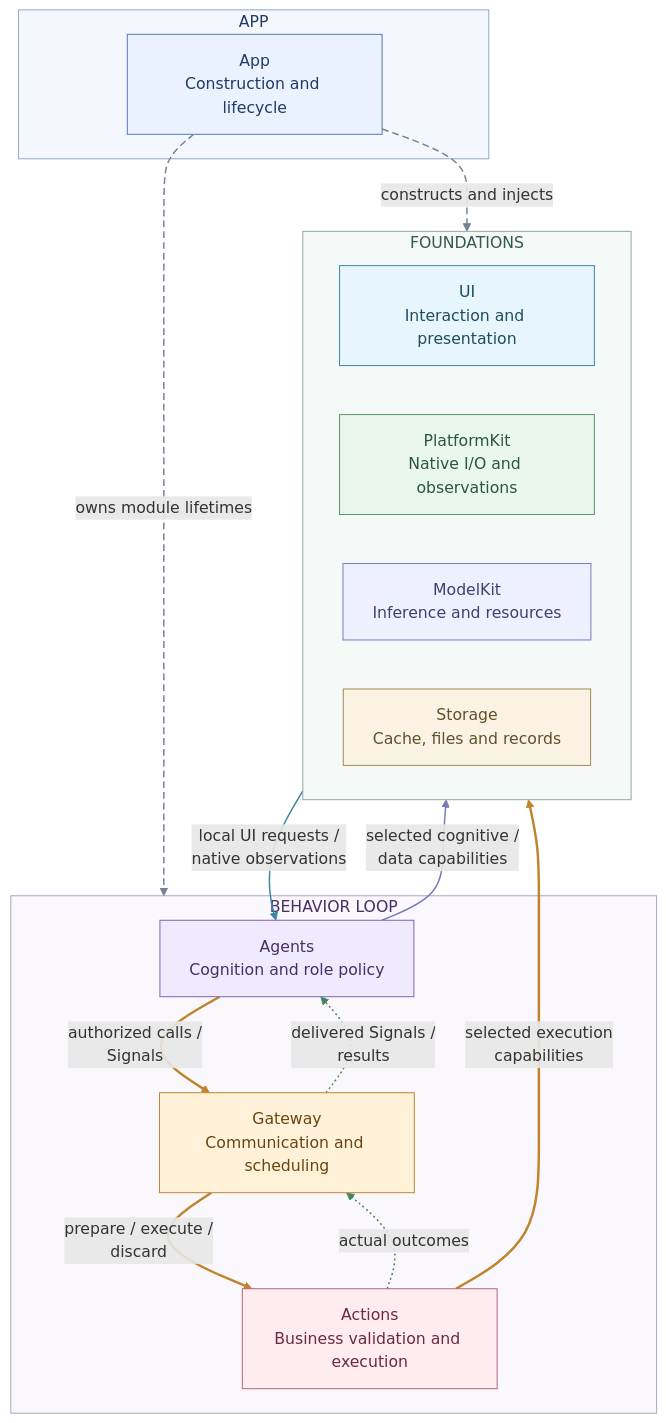
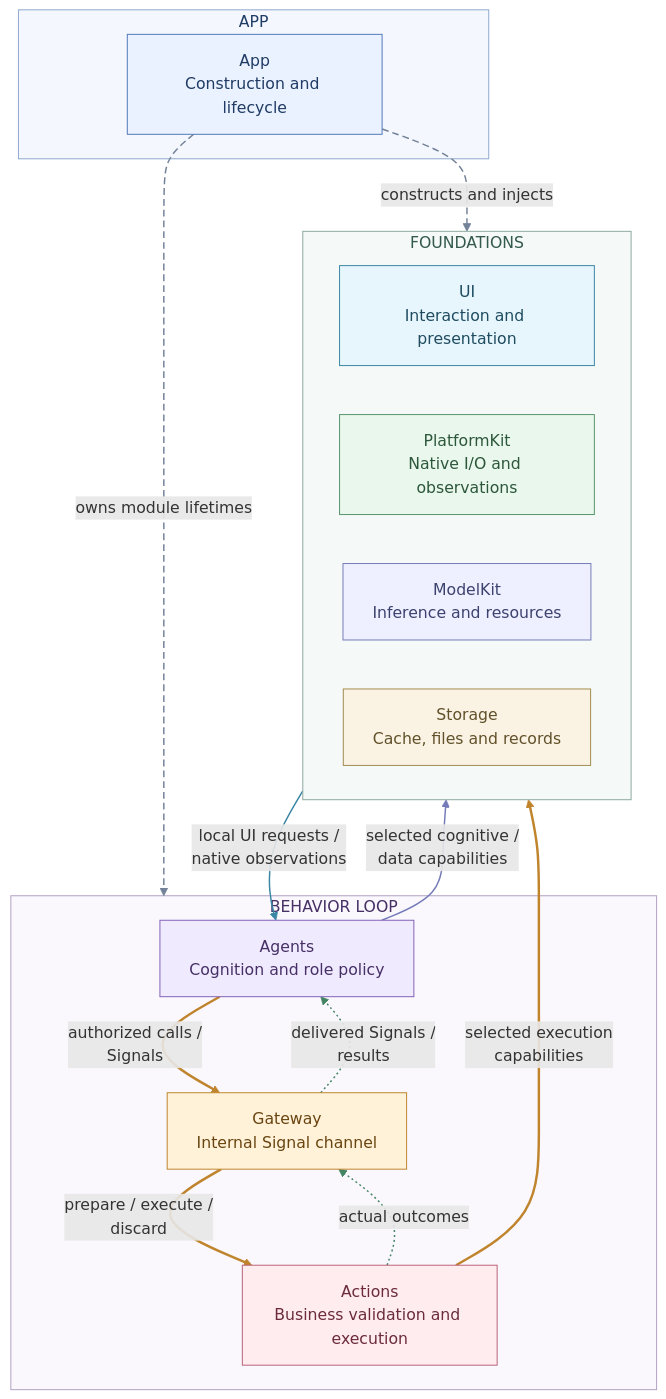
Before and after one commit to devilyouwei/MobileHarness: the first of 27 diagrams in MobileHarness/README.md, drawn with Mermaid. The commit also changed other lines of this file and 246 other files, not shown here.

````diff
--- a/MobileHarness/README.md
+++ b/MobileHarness/README.md
@@ -19,43 +19,43 @@
 ```mermaid
 flowchart TB
     subgraph Host["APP"]
         App["App<br/>Construction and lifecycle"]:::host
     end
     subgraph Behavior["BEHAVIOR LOOP"]
         A["Agents<br/>Cognition and role policy"]:::agent
-        G["Gateway<br/>Communication and scheduling"]:::gateway
+        G["Gateway<br/>Internal Signal channel"]:::gateway
         X["Actions<br/>Business validation and execution"]:::action
     end
     subgraph Foundations["FOUNDATIONS"]
         direction LR
         UI["UI<br/>Interaction and presentation"]:::ui
         P["PlatformKit<br/>Native I/O and observations"]:::platform
         M["ModelKit<br/>Inference and resources"]:::model
         S["Storage<br/>Cache, files and records"]:::storage
     end
     App -.->|"owns module lifetimes"| Behavior
     App -.->|"constructs and injects"| Foundations
     A ==>|"authorized calls /<br/>Signals"| G
     G ==>|"prepare / execute /<br/>discard"| X
     X -.->|"actual outcomes"| G
     G -.->|"delivered Signals /<br/>results"| A
     A -->|"selected cognitive /<br/>data capabilities"| Foundations
     X ==>|"selected execution<br/>capabilities"| Foundations
     Foundations -->|"local UI requests /<br/>native observations"| A
     classDef host fill:#eaf2ff,stroke:#5078b8,color:#203b64
     classDef agent fill:#f0eaff,stroke:#8261b5,color:#463065
     classDef gateway fill:#fff2d9,stroke:#bf842c,color:#694511
     classDef action fill:#ffecef,stroke:#b86178,color:#6b2b3d
     classDef ui fill:#e7f6fc,stroke:#3985a4,color:#1f4c60
     classDef platform fill:#eaf7ed,stroke:#56936a,color:#2c573a
     classDef model fill:#eeefff,stroke:#747bb8,color:#3c426d
     classDef storage fill:#faf3e4,stroke:#a18a4e,color:#61512a
     style Host fill:#f4f7fd,stroke:#8ca7ce,color:#203b64
     style Behavior fill:#faf7fd,stroke:#b1a0c4,color:#463065
     style Foundations fill:#f5f9f8,stroke:#8ca89f,color:#34594d
     linkStyle 0,1 stroke:#738299,stroke-width:1.5px,stroke-dasharray:7 4
     linkStyle 2,3,7 stroke:#bf842c,stroke-width:2.5px
     linkStyle 4,5 stroke:#438463,stroke-width:1.5px,stroke-dasharray:2 3
     linkStyle 6 stroke:#747bb8,stroke-width:1.5px
     linkStyle 8 stroke:#3985a4,stroke-width:1.5px
 ```
````
